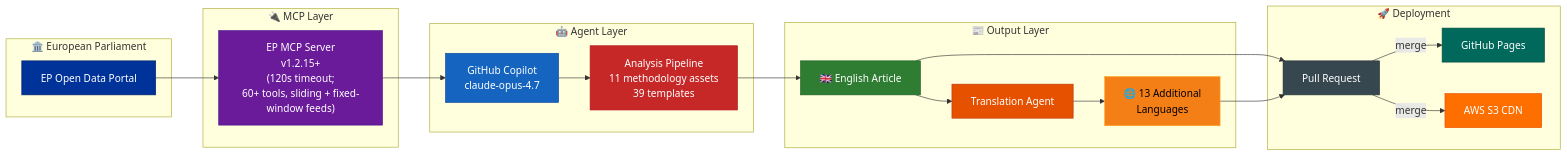
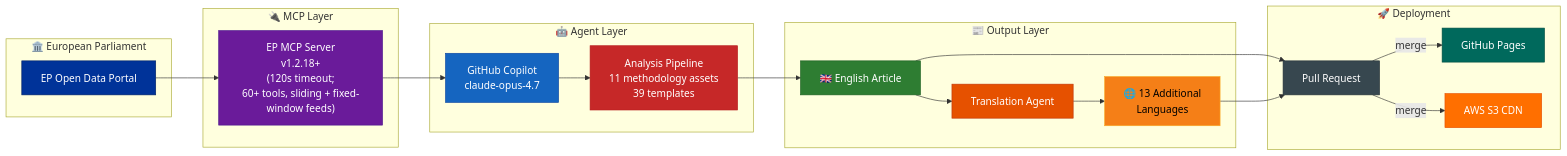
Before and after one commit to Hack23/euparliamentmonitor: diagram 22 of 22 in WORKFLOWS.md, drawn with Mermaid. The commit also changed other lines of this file and 38 other files, not shown here.

````diff
--- a/WORKFLOWS.md
+++ b/WORKFLOWS.md
@@ -2012,42 +2012,42 @@
 ```mermaid
 flowchart LR
     subgraph "🏛️ European Parliament"
         EP["EP Open Data Portal"]
     end
 
     subgraph "🔌 MCP Layer"
-        MCP["EP MCP Server<br/>v1.2.15+<br/>(120s timeout;<br/>60+ tools, sliding + fixed-window feeds)"]
+        MCP["EP MCP Server<br/>v1.2.18+<br/>(120s timeout;<br/>60+ tools, sliding + fixed-window feeds)"]
     end
 
     subgraph "🤖 Agent Layer"
         Agent["GitHub Copilot<br/>claude-opus-4.7"]
         Analyze["Analysis Pipeline<br/>11 methodology assets<br/>39 templates"]
     end
 
     subgraph "📰 Output Layer"
         EN["🇬🇧 English Article"]
         Translate["Translation Agent"]
         Multi["🌐 13 Additional<br/>Languages"]
     end
 
     subgraph "🚀 Deployment"
         PR["Pull Request"]
         Pages["GitHub Pages"]
         S3["AWS S3 CDN"]
     end
 
     EP --> MCP --> Agent --> Analyze --> EN --> PR
     EN --> Translate --> Multi --> PR
     PR --> |"merge"| Pages & S3
 
     style EP fill:#003399,stroke:#002266,color:#FFFFFF
     style MCP fill:#6A1B9A,stroke:#4A148C,color:#FFFFFF
     style Agent fill:#1565C0,stroke:#0D47A1,color:#FFFFFF
     style Analyze fill:#C62828,stroke:#B71C1C,color:#FFFFFF
     style EN fill:#2E7D32,stroke:#1B5E20,color:#FFFFFF
     style Translate fill:#E65100,stroke:#BF360C,color:#FFFFFF
     style Multi fill:#F57F17,stroke:#F9A825,color:#000000
     style PR fill:#37474F,stroke:#263238,color:#FFFFFF
     style Pages fill:#00695C,stroke:#004D40,color:#FFFFFF
     style S3 fill:#FF6F00,stroke:#E65100,color:#FFFFFF
 ```
````
